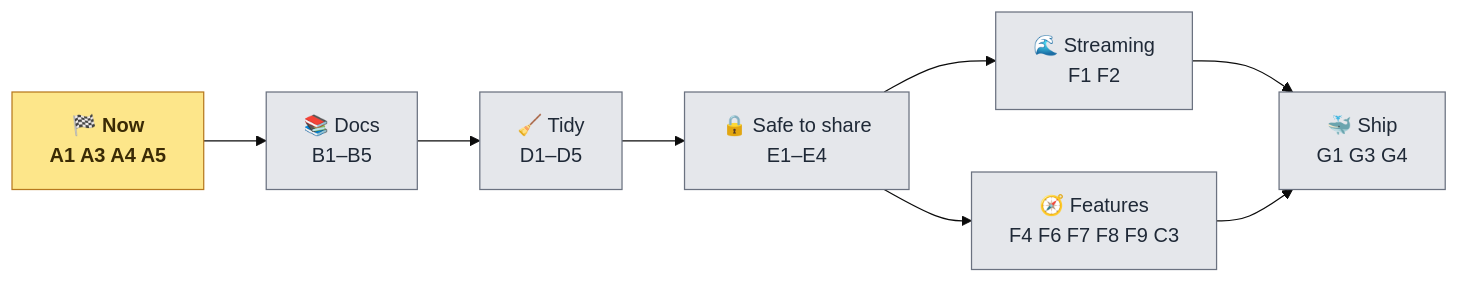
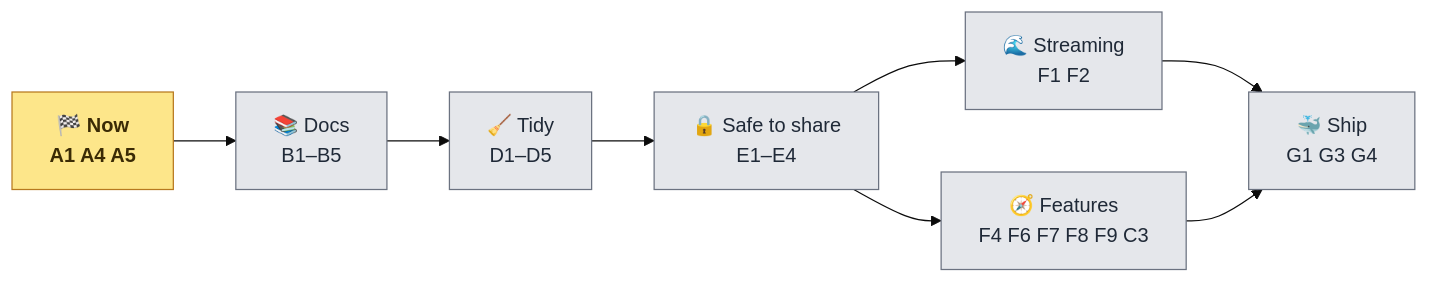
One commit to anurag-joshi-1403/Multi-Agent-AI-Platform changed the third of 3 diagrams in BACKEND_STATUS.md. Above: the diagram before and after it, drawn with Mermaid (base theme). The commit also changed other lines of this file and 2 other files, not shown here.

````diff
--- a/BACKEND_STATUS.md
+++ b/BACKEND_STATUS.md
@@ -204,13 +204,13 @@
 ```mermaid
 flowchart LR
     classDef now fill:#fde68a,stroke:#b7791f,color:#3a2a05,font-weight:bold
     classDef later fill:#e5e7eb,stroke:#6b7280,color:#1f2937
-    N["🏁 Now<br/>A1 A3 A4 A5"] --> DOC["📚 Docs<br/>B1–B5"] --> HK["🧹 Tidy<br/>D1–D5"]
+    N["🏁 Now<br/>A1 A4 A5"] --> DOC["📚 Docs<br/>B1–B5"] --> HK["🧹 Tidy<br/>D1–D5"]
     HK --> SAFE["🔒 Safe to share<br/>E1–E4"]
     SAFE --> STR["🌊 Streaming<br/>F1 F2"]
     SAFE --> MORE["🧭 Features<br/>F4 F6 F7 F8 F9 C3"]
     STR --> SHIP["🐳 Ship<br/>G1 G3 G4"]
     MORE --> SHIP
     class N now
     class DOC,HK,SAFE,STR,MORE,SHIP later
 ```
````
